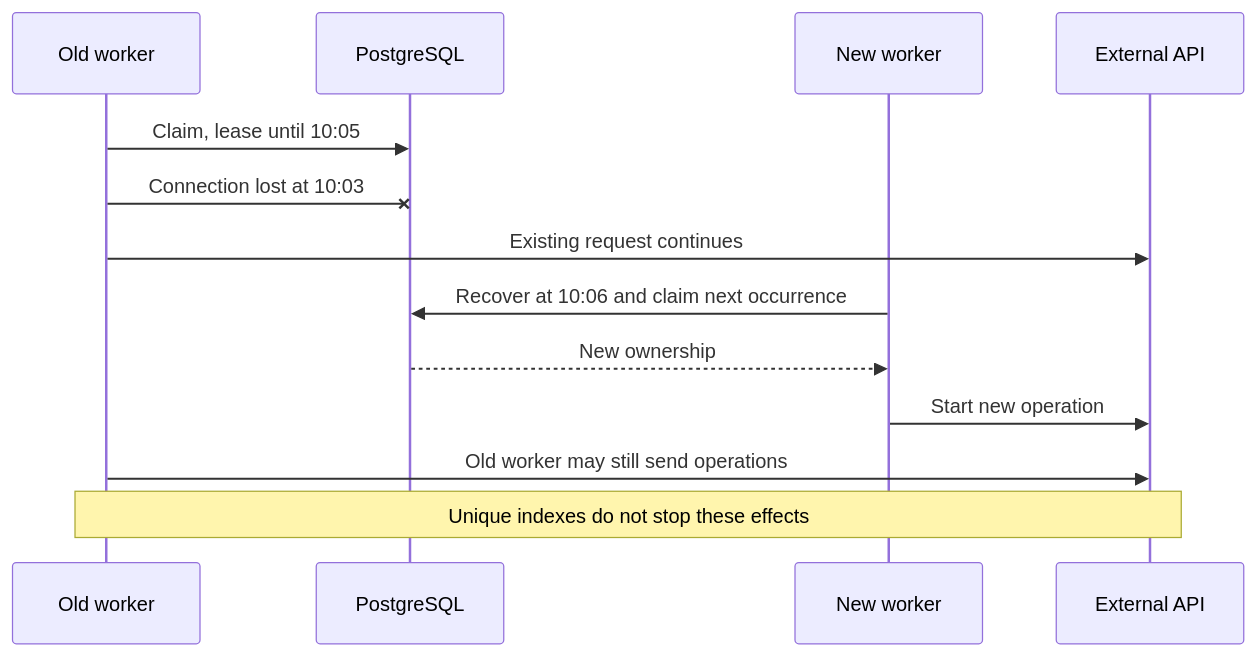
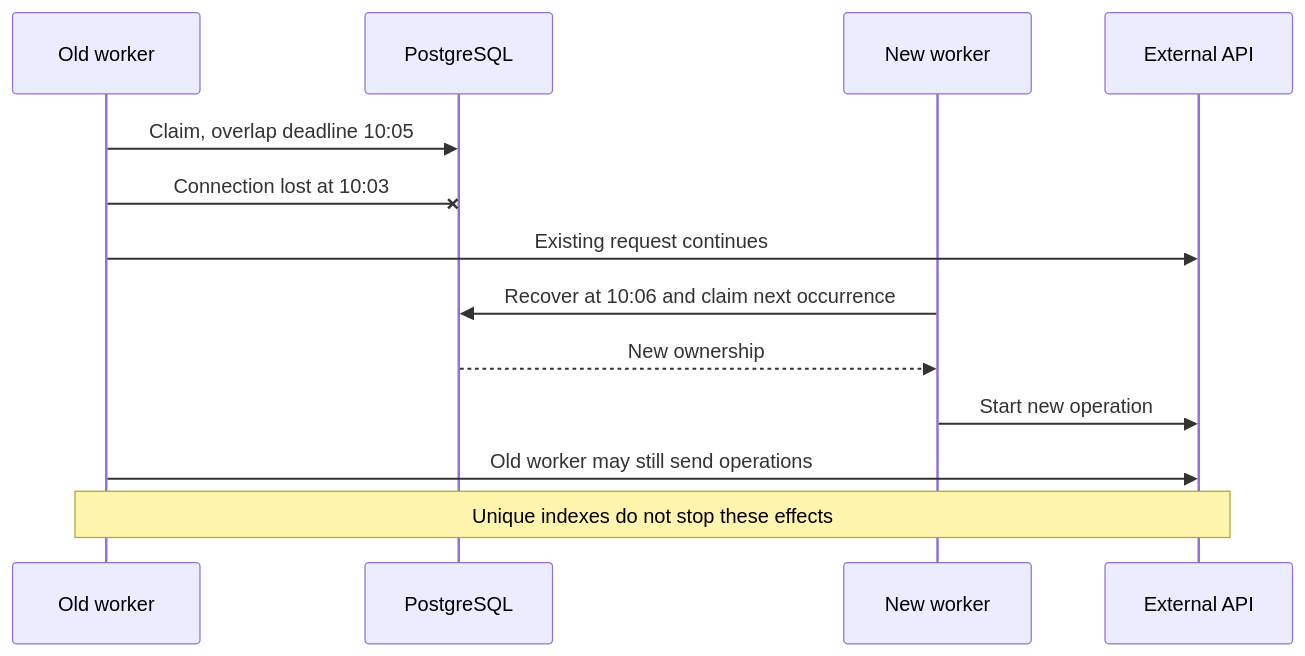
One commit to pupitooo/emorfiq-adapter changed the first of 3 diagrams in docs/execution/external-effects.md. Above: the diagram before and after it, drawn with Mermaid. The commit also changed other lines of this file and 18 other files, not shown here.

````diff
--- a/docs/execution/external-effects.md
+++ b/docs/execution/external-effects.md
@@ -13,15 +13,15 @@
 ```mermaid
 sequenceDiagram
     participant A as Old worker
     participant DB as PostgreSQL
     participant B as New worker
     participant E as External API
-    A->>DB: Claim, lease until 10:05
+    A->>DB: Claim, overlap deadline 10:05
     A-xDB: Connection lost at 10:03
     A->>E: Existing request continues
     B->>DB: Recover at 10:06 and claim next occurrence
     DB-->>B: New ownership
     B->>E: Start new operation
     A->>E: Old worker may still send operations
     Note over A,E: Unique indexes do not stop these effects
 ```
````
